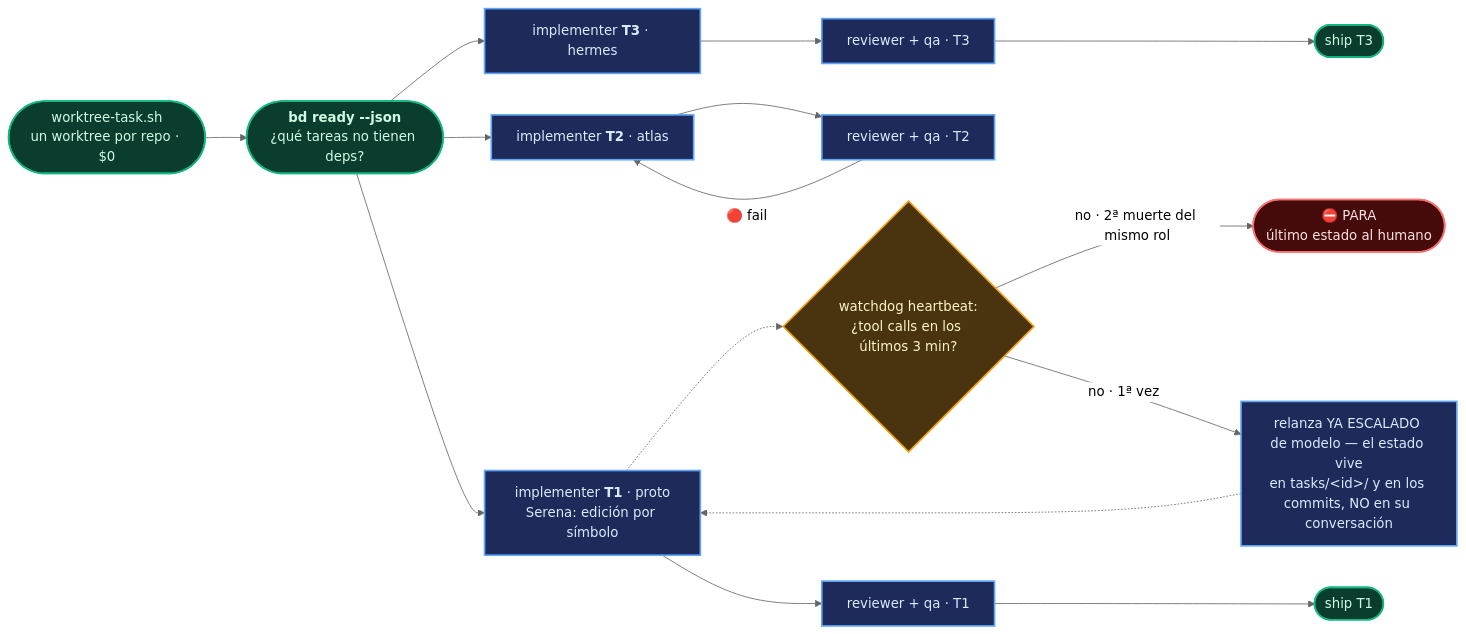
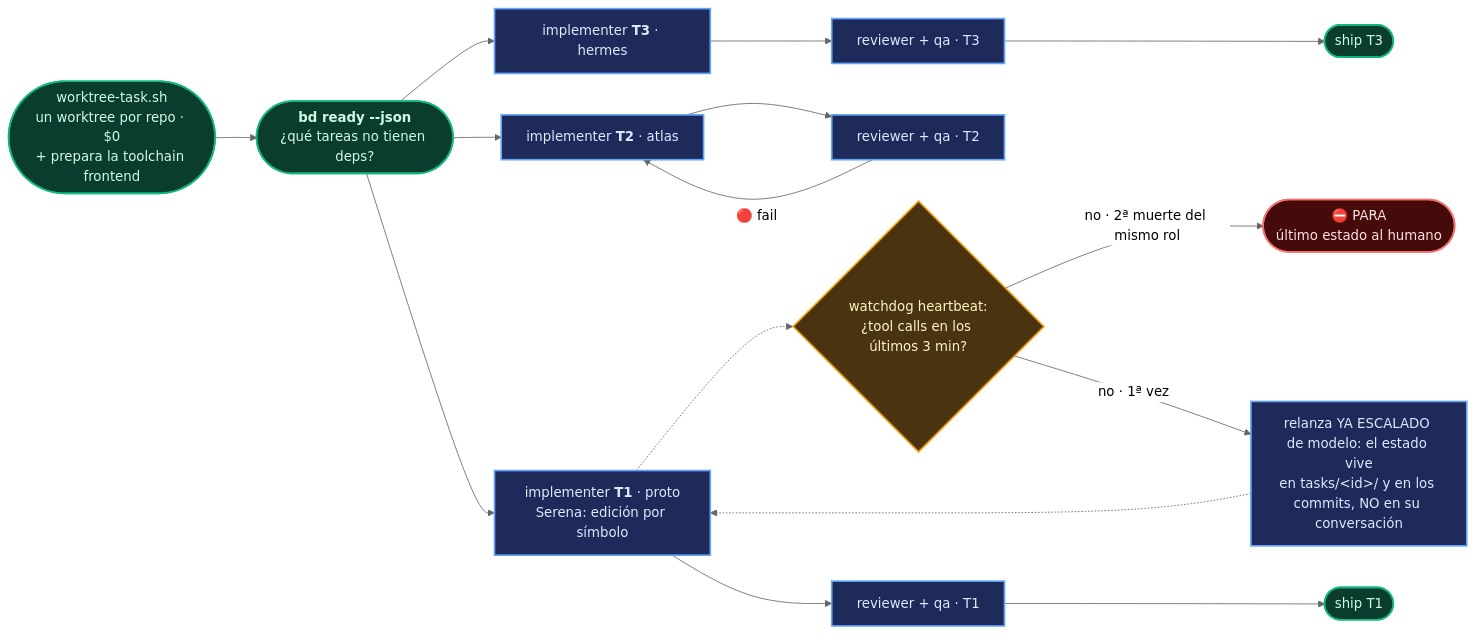
One commit to andresgarcia29/harness-creator changed the fourth of 7 diagrams in README.md. Above: the diagram before and after it, drawn with Mermaid (neutral theme). The commit also changed other lines of this file and 1 other file, not shown here.

````diff
--- a/README.md
+++ b/README.md
@@ -341,22 +404,22 @@
 ```mermaid
 flowchart LR
-  WT(["worktree-task.sh<br/>un worktree por repo · $0"]):::script --> BD(["<b>bd ready --json</b><br/>¿qué tareas no tienen deps?"]):::script
+  WT(["worktree-task.sh<br/>un worktree por repo · $0<br/>+ prepara la toolchain frontend"]):::script --> BD(["<b>bd ready --json</b><br/>¿qué tareas no tienen deps?"]):::script
   BD --> T1["implementer <b>T1</b> · proto<br/>Serena: edición por símbolo"]:::agent
   BD --> T2["implementer <b>T2</b> · atlas"]:::agent
   BD --> T3["implementer <b>T3</b> · hermes"]:::agent
   T1 --> R1["reviewer + qa · T1"]:::agent
   T2 --> R2["reviewer + qa · T2"]:::agent
   T3 --> R3["reviewer + qa · T3"]:::agent
   R1 --> S1(["ship T1"]):::script
   R2 -->|"🔴 fail"| T2
   R3 --> S3(["ship T3"]):::script
   T1 -.-> W{"watchdog heartbeat:<br/>¿tool calls en los últimos 3 min?"}:::dec
-  W -->|"no · 1ª vez"| RL["relanza YA ESCALADO de modelo — el estado vive<br/>en tasks/&lt;id&gt;/ y en los commits, NO en su conversación"]:::agent
+  W -->|"no · 1ª vez"| RL["relanza YA ESCALADO de modelo: el estado vive<br/>en tasks/&lt;id&gt;/ y en los commits, NO en su conversación"]:::agent
   RL -.-> T1
   W -->|"no · 2ª muerte del mismo rol"| ST(["⛔ PARA<br/>último estado al humano"]):::stop
 
 classDef agent fill:#1e2a5a,stroke:#60a5fa,stroke-width:2px,color:#dbeafe
 classDef dec fill:#4a3410,stroke:#f59e0b,stroke-width:2px,color:#fef3c7
 classDef stop fill:#450a0a,stroke:#f87171,stroke-width:2px,color:#fee2e2
 classDef script fill:#0b3d2e,stroke:#10b981,stroke-width:2px,color:#d1fae5
 ```
````
